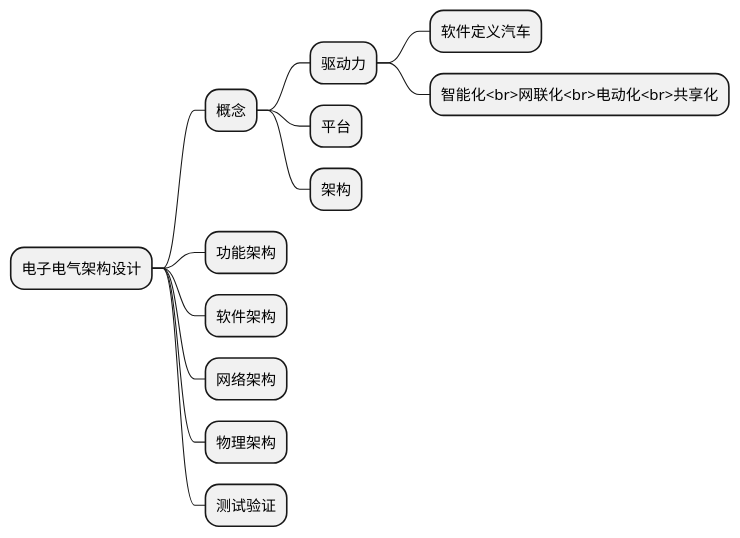
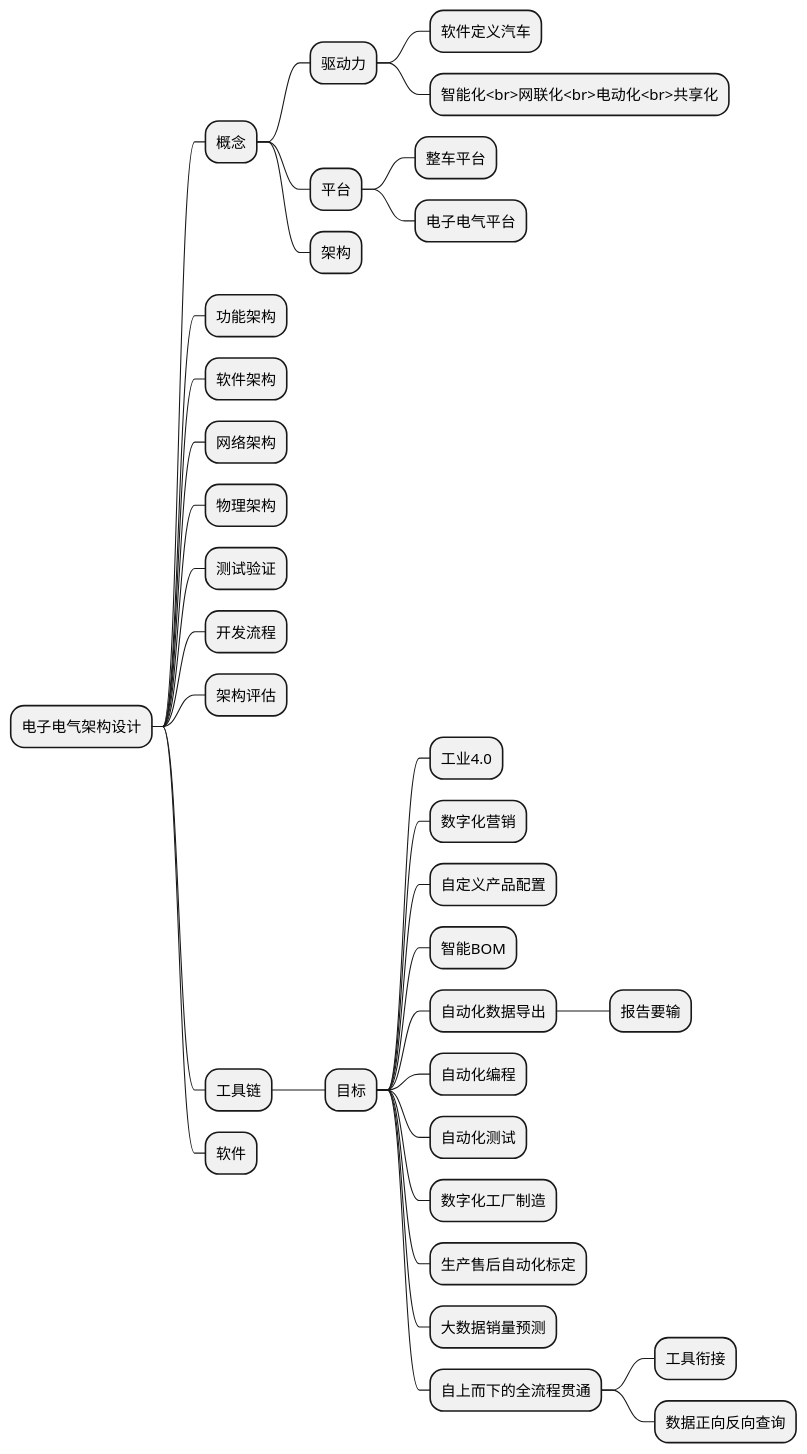
One commit to ilikui/NotesBook changed the diagram in src/工作管理/001汽车电子.md. Above: the diagram before and after it, drawn with PlantUML. The commit also changed other lines of this file, not shown here.

````diff
--- a/src/工作管理/001汽车电子.md
+++ b/src/工作管理/001汽车电子.md
@@ -5,18 +5,39 @@
 ```plantuml
 @startmindmap
 * 电子电气架构设计
 ** 概念
 *** 驱动力
 **** 软件定义汽车
 **** 智能化<br>网联化<br>电动化<br>共享化
 *** 平台
+**** 整车平台
+**** 电子电气平台
 *** 架构
 ** 功能架构
 ** 软件架构
 ** 网络架构
 ** 物理架构
 ** 测试验证
+** 开发流程
+** 架构评估
+** 工具链
+*** 目标
+**** 工业4.0
+**** 数字化营销
+**** 自定义产品配置
+**** 智能BOM
+**** 自动化数据导出
+***** 报告要输
+**** 自动化编程
+**** 自动化测试
+**** 数字化工厂制造
+**** 生产售后自动化标定
+**** 大数据销量预测
+**** 自上而下的全流程贯通
+*****  工具衔接
+*****  数据正向反向查询
+** 软件
 @endmindmap
 
 
 ```
````
